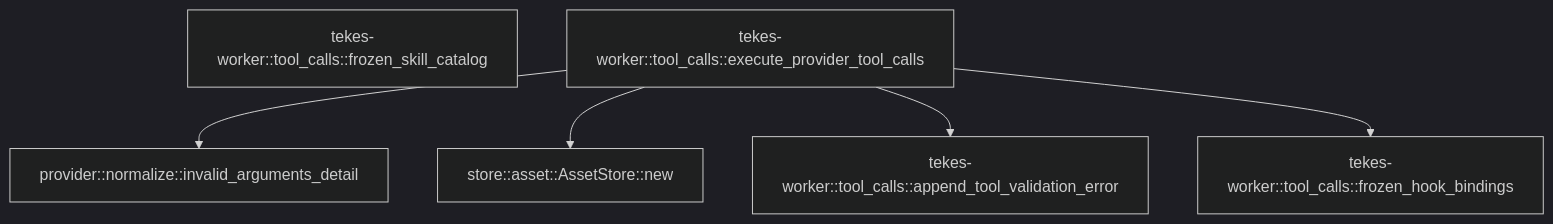
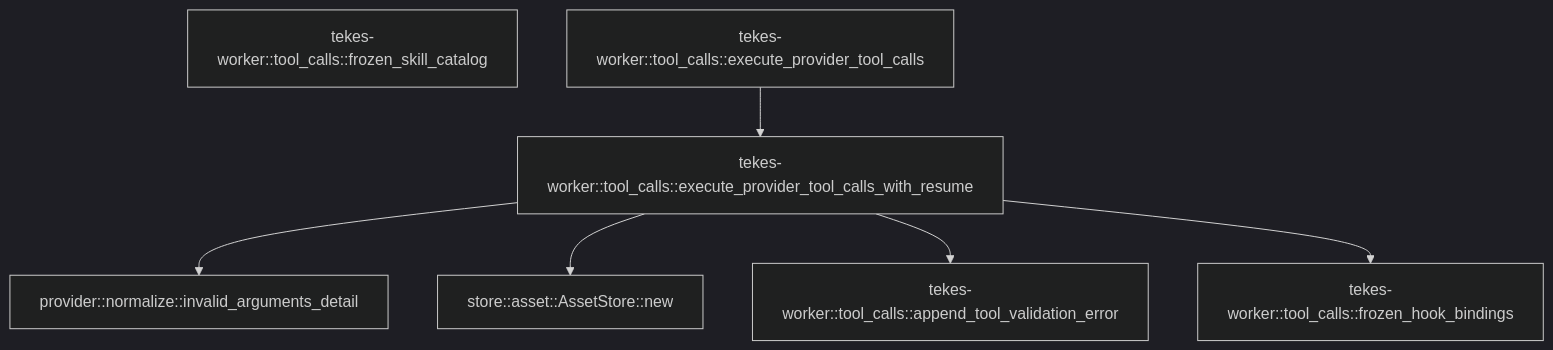
Before and after one commit to TekesApps/TekesKernel: the diagram in crates/worker/docs/generated/src--tool_calls.md, drawn with Mermaid (dark theme). The commit also changed other lines of this file and 69 other files, not shown here.

````diff
--- a/crates/worker/docs/generated/src--tool_calls.md
+++ b/crates/worker/docs/generated/src--tool_calls.md
@@ -34,13 +35,15 @@
 ```mermaid
 flowchart TD
   n0["provider::normalize::invalid_arguments_detail"]
   n1["store::asset::AssetStore::new"]
-  n2["tekes-worker::tool_calls::append_tool_validation_error"]
-  n3["tekes-worker::tool_calls::frozen_hook_bindings"]
-  n4["tekes-worker::tool_calls::frozen_skill_catalog"]
-  n5["tekes-worker::tool_calls::execute_provider_tool_calls"]
-  n5 --> n0
-  n5 --> n1
-  n5 --> n2
-  n5 --> n3
+  n2["tekes-worker::tool_calls::execute_provider_tool_calls_with_resume"]
+  n3["tekes-worker::tool_calls::append_tool_validation_error"]
+  n4["tekes-worker::tool_calls::frozen_hook_bindings"]
+  n5["tekes-worker::tool_calls::frozen_skill_catalog"]
+  n6["tekes-worker::tool_calls::execute_provider_tool_calls"]
+  n2 --> n0
+  n2 --> n1
+  n2 --> n3
+  n2 --> n4
+  n6 --> n2
 ```
````
